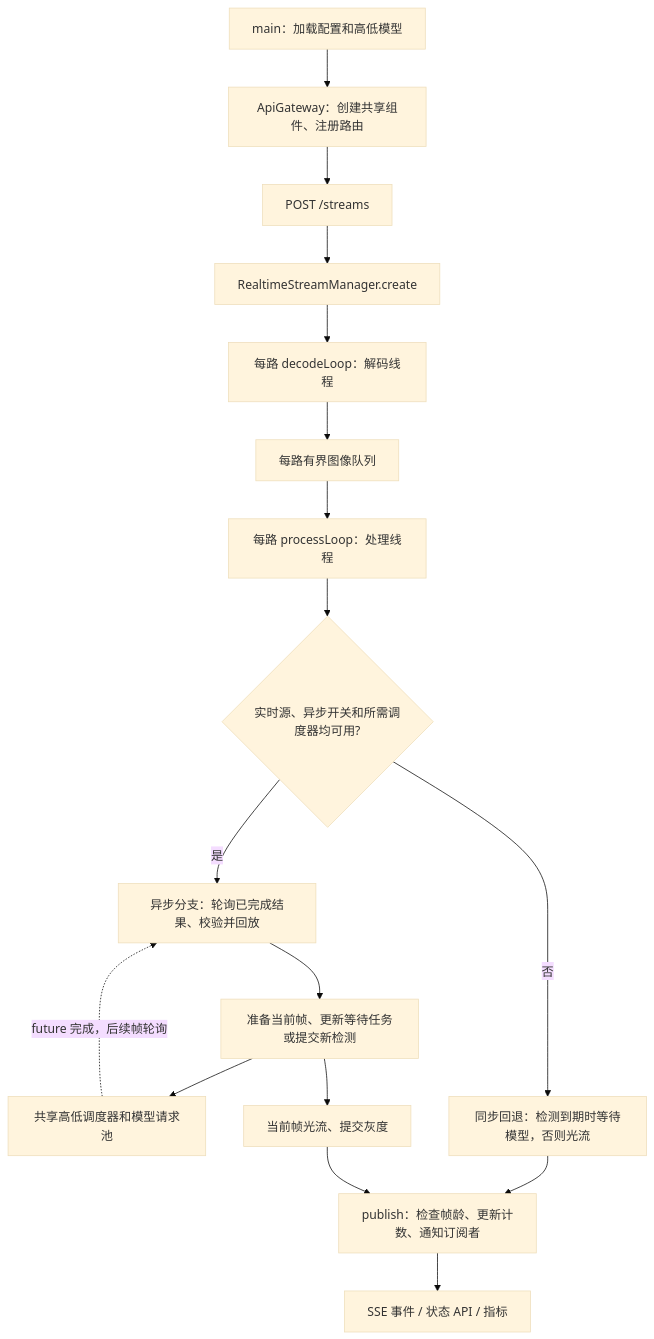
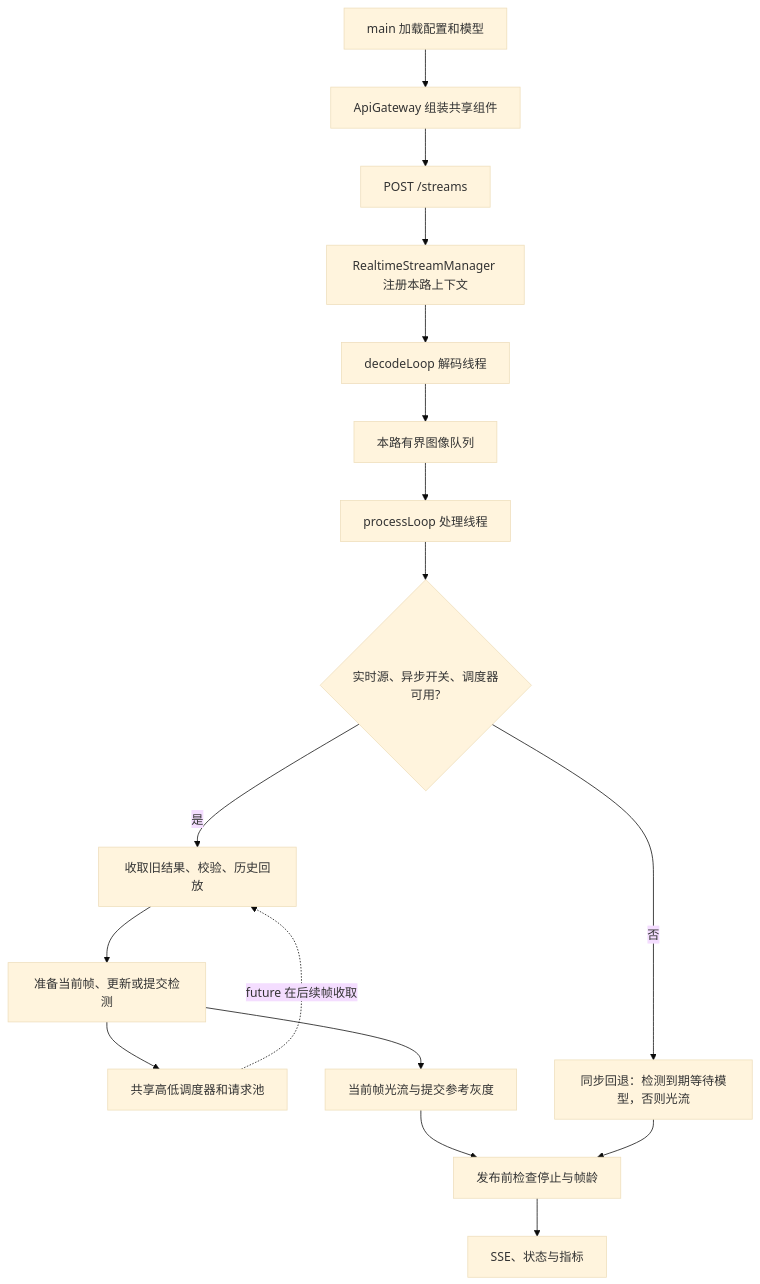
The diagram in docs/reports/多路实时监测代码速读记录_20260908.md (ChutianDuan/Yolo), drawn with Mermaid (base theme) before and after one commit. The commit also changed other lines of this file and 40 other files, not shown here.

````diff
--- a/docs/reports/多路实时监测代码速读记录_20260908.md
+++ b/docs/reports/多路实时监测代码速读记录_20260908.md
@@ -9,19 +9,19 @@
 ```mermaid
 flowchart TD
-    A[main：加载配置和高低模型] --> B[ApiGateway：创建共享组件、注册路由]
+    A[main 加载配置和模型] --> B[ApiGateway 组装共享组件]
     B --> C[POST /streams]
-    C --> D[RealtimeStreamManager.create]
-    D --> E[每路 decodeLoop：解码线程]
-    E --> F[每路有界图像队列]
-    F --> G[每路 processLoop：处理线程]
-    G --> H{实时源、异步开关和所需调度器均可用?}
-    H -->|是| I[异步分支：轮询已完成结果、校验并回放]
-    I --> J[准备当前帧、更新等待任务或提交新检测]
-    J --> K[共享高低调度器和模型请求池]
-    K -.->|future 完成，后续帧轮询| I
-    J --> M[当前帧光流、提交灰度]
-    H -->|否| L[同步回退：检测到期时等待模型，否则光流]
-    L --> O[publish：检查帧龄、更新计数、通知订阅者]
-    M --> O
-    O --> P[SSE 事件 / 状态 API / 指标]
+    C --> D[RealtimeStreamManager 注册本路上下文]
+    D --> E[decodeLoop 解码线程]
+    E --> F[本路有界图像队列]
+    F --> G[processLoop 处理线程]
+    G --> H{实时源、异步开关、调度器可用?}
+    H -->|是| I[收取旧结果、校验、历史回放]
+    I --> J[准备当前帧、更新或提交检测]
+    J --> K[共享高低调度器和请求池]
+    K -.->|future 在后续帧收取| I
+    J --> L[当前帧光流与提交参考灰度]
+    H -->|否| M[同步回退：检测到期等待模型，否则光流]
+    L --> N[发布前检查停止与帧龄]
+    M --> N
+    N --> O[SSE、状态与指标]
 ```
````
